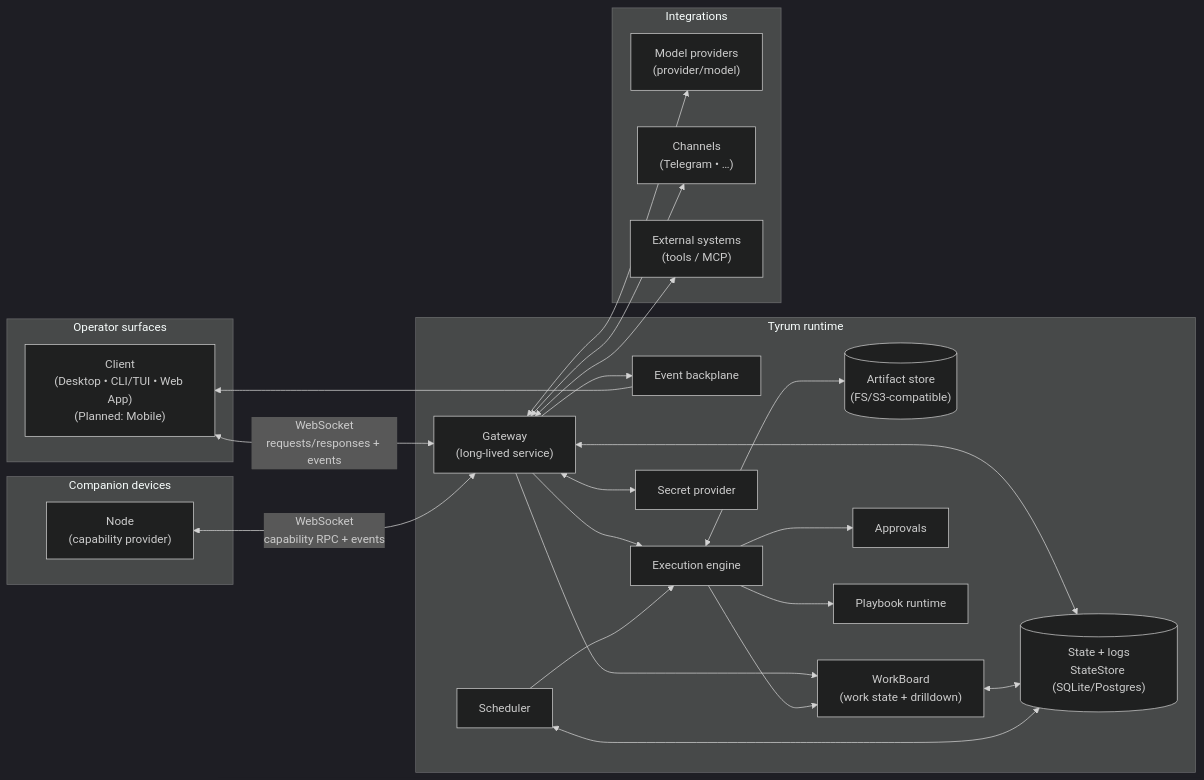
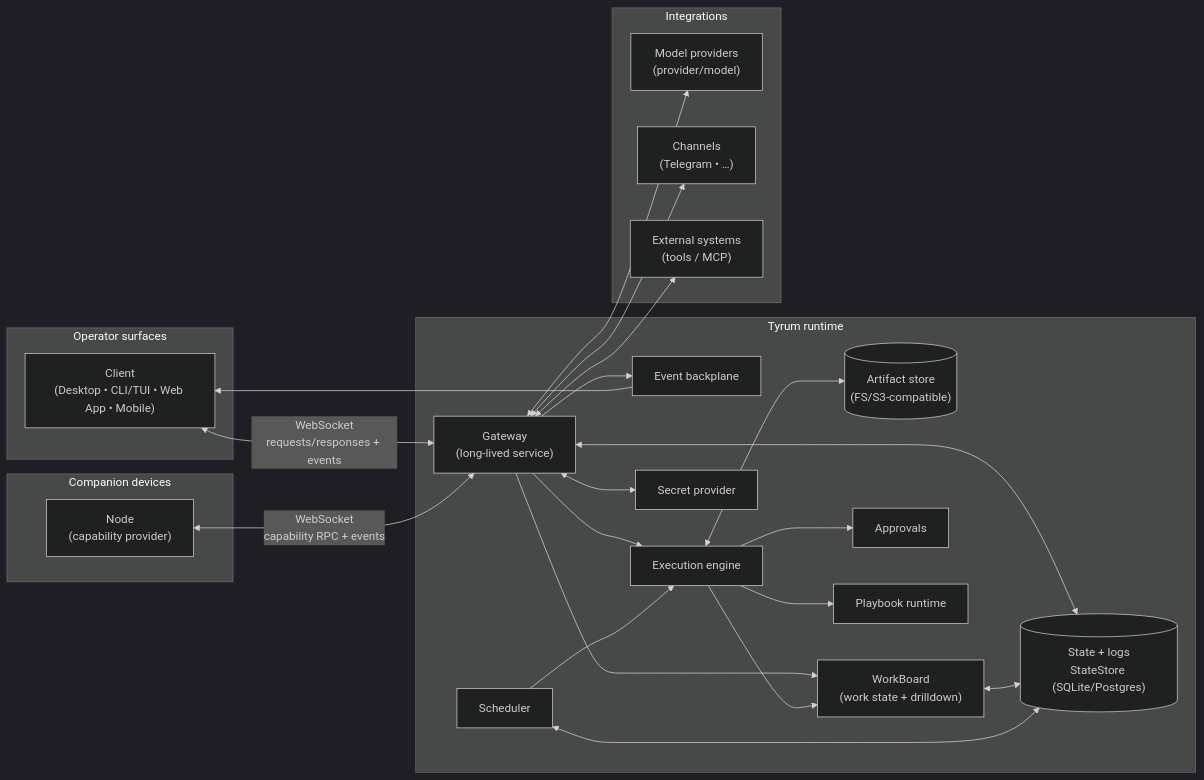
The diagram in docs/architecture/index.md (tyrumai/tyrum), drawn with Mermaid (dark theme) before and after one commit. The commit also changed other lines of this file and 46 other files, not shown here.

Commit message:
docs(architecture): make docs timeless

````diff
--- a/docs/architecture/index.md
+++ b/docs/architecture/index.md
@@ -30,48 +26,48 @@
 ```mermaid
 flowchart LR
   subgraph Operator["Operator surfaces"]
-    C["Client<br/>(Desktop • CLI/TUI • Web App)<br/>(Planned: Mobile)"]
+    C["Client<br/>(Desktop • CLI/TUI • Web App • Mobile)"]
   end
 
   subgraph Runtime["Tyrum runtime"]
     G["Gateway<br/>(long-lived service)"]
     DB[("State + logs<br/>StateStore (SQLite/Postgres)")]
     AS[("Artifact store<br/>(FS/S3-compatible)")]
     EV["Event backplane"]
     ENG["Execution engine"]
     WB["WorkBoard<br/>(work state + drilldown)"]
     APPR["Approvals"]
     SCH["Scheduler"]
     PB["Playbook runtime"]
     SEC["Secret provider"]
   end
 
   subgraph Devices["Companion devices"]
     N["Node<br/>(capability provider)"]
   end
 
   subgraph Integrations["Integrations"]
     M["Model providers<br/>(provider/model)"]
     CH["Channels<br/>(Telegram • …)"]
     EXT["External systems<br/>(tools / MCP)"]
   end
 
   C <--> |"WebSocket<br/>requests/responses + events"| G
   N <--> |"WebSocket<br/>capability RPC + events"| G
   G <--> DB
   ENG <--> AS
   WB <--> DB
   G --> EV
   EV --> C
   G --> ENG
   G --> WB
   ENG --> WB
   SCH <--> DB
   SCH --> ENG
   ENG --> APPR
   ENG --> PB
   G <--> SEC
   G <--> M
   G <--> CH
   G <--> EXT
 ```
````
